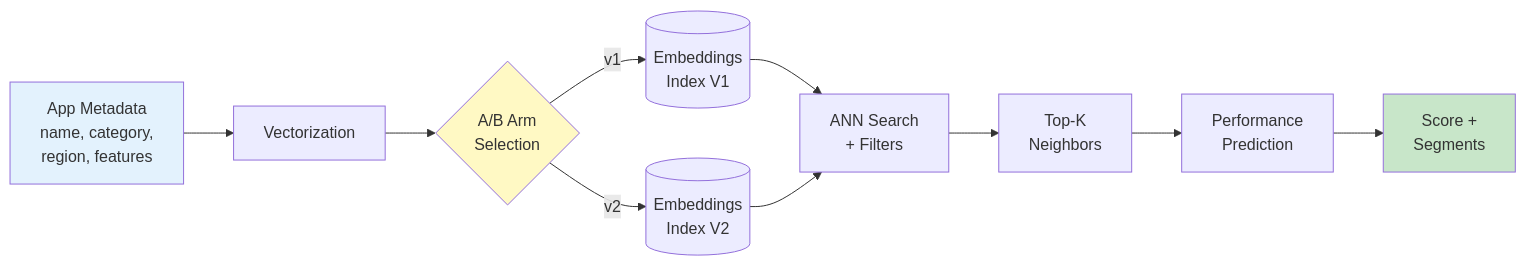
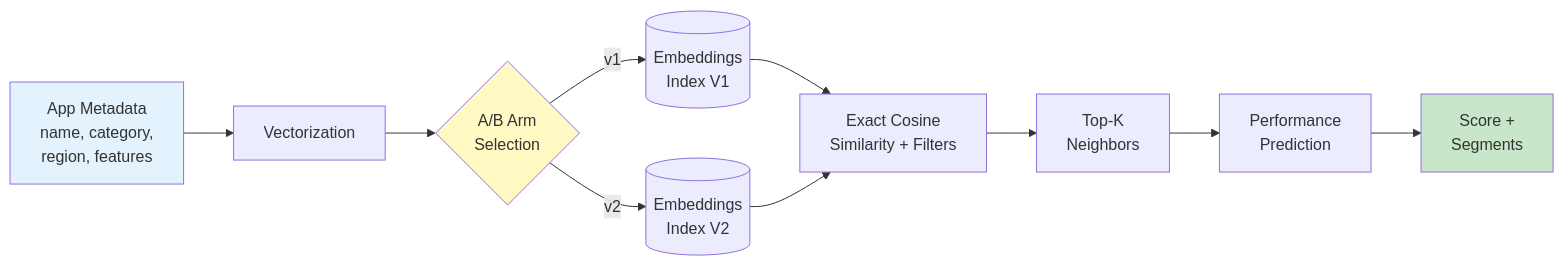
One commit to ortall0201/aws-assignment-mobupps changed the fourth of 4 diagrams in architecture-diagram.md. Above: the diagram before and after it, drawn with Mermaid. The commit also changed other lines of this file, not shown here.

````diff
--- a/architecture-diagram.md
+++ b/architecture-diagram.md
@@ -101,21 +101,21 @@
 ```mermaid
 flowchart LR
     Input[App Metadata<br/>name, category,<br/>region, features]
 
     Input --> Vec[Vectorization]
     Vec --> ArmSelect{A/B Arm<br/>Selection}
 
     ArmSelect -->|v1| Index1[(Embeddings<br/>Index V1)]
     ArmSelect -->|v2| Index2[(Embeddings<br/>Index V2)]
 
-    Index1 --> ANN[ANN Search<br/>+ Filters]
-    Index2 --> ANN
+    Index1 --> Search[Exact Cosine<br/>Similarity + Filters]
+    Index2 --> Search
 
-    ANN --> Neighbors[Top-K<br/>Neighbors]
+    Search --> Neighbors[Top-K<br/>Neighbors]
     Neighbors --> Predict[Performance<br/>Prediction]
     Predict --> Output[Score +<br/>Segments]
 
     style Input fill:#e3f2fd
     style Output fill:#c8e6c9
     style ArmSelect fill:#fff9c4
 ```
````
